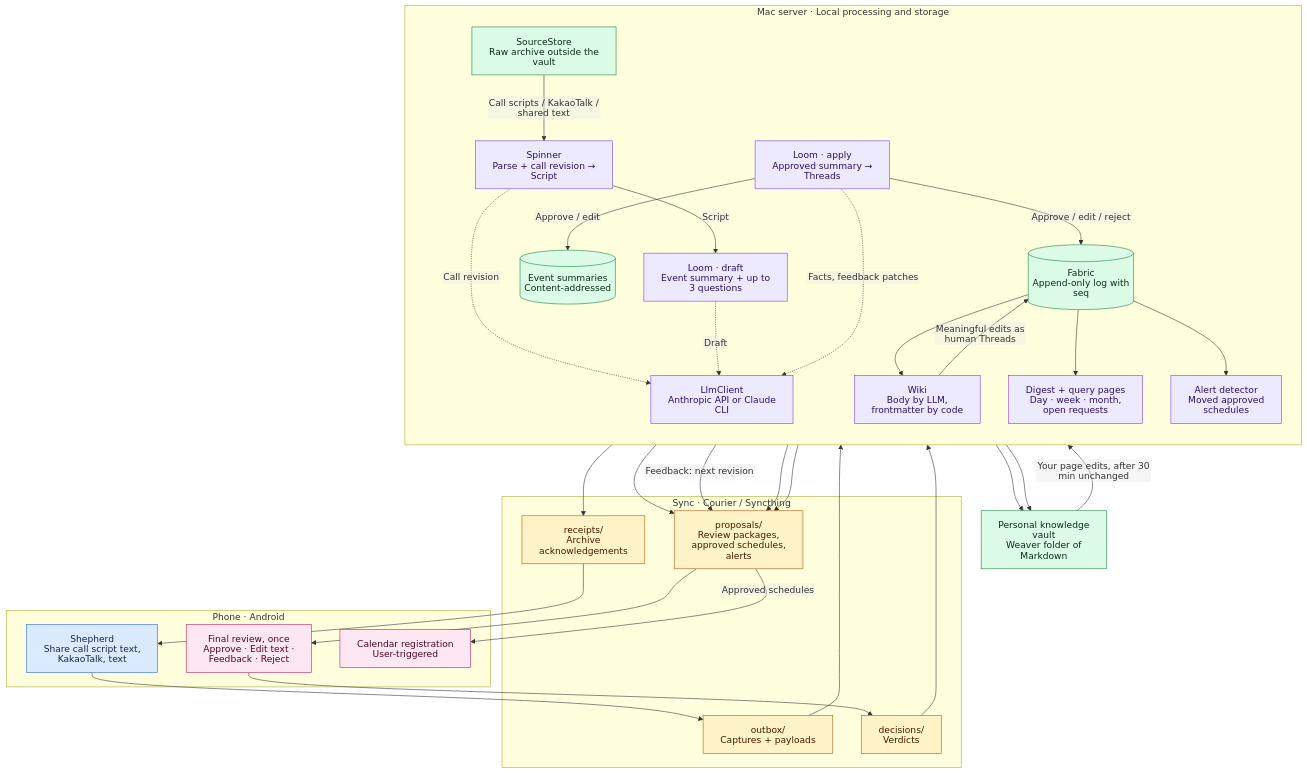
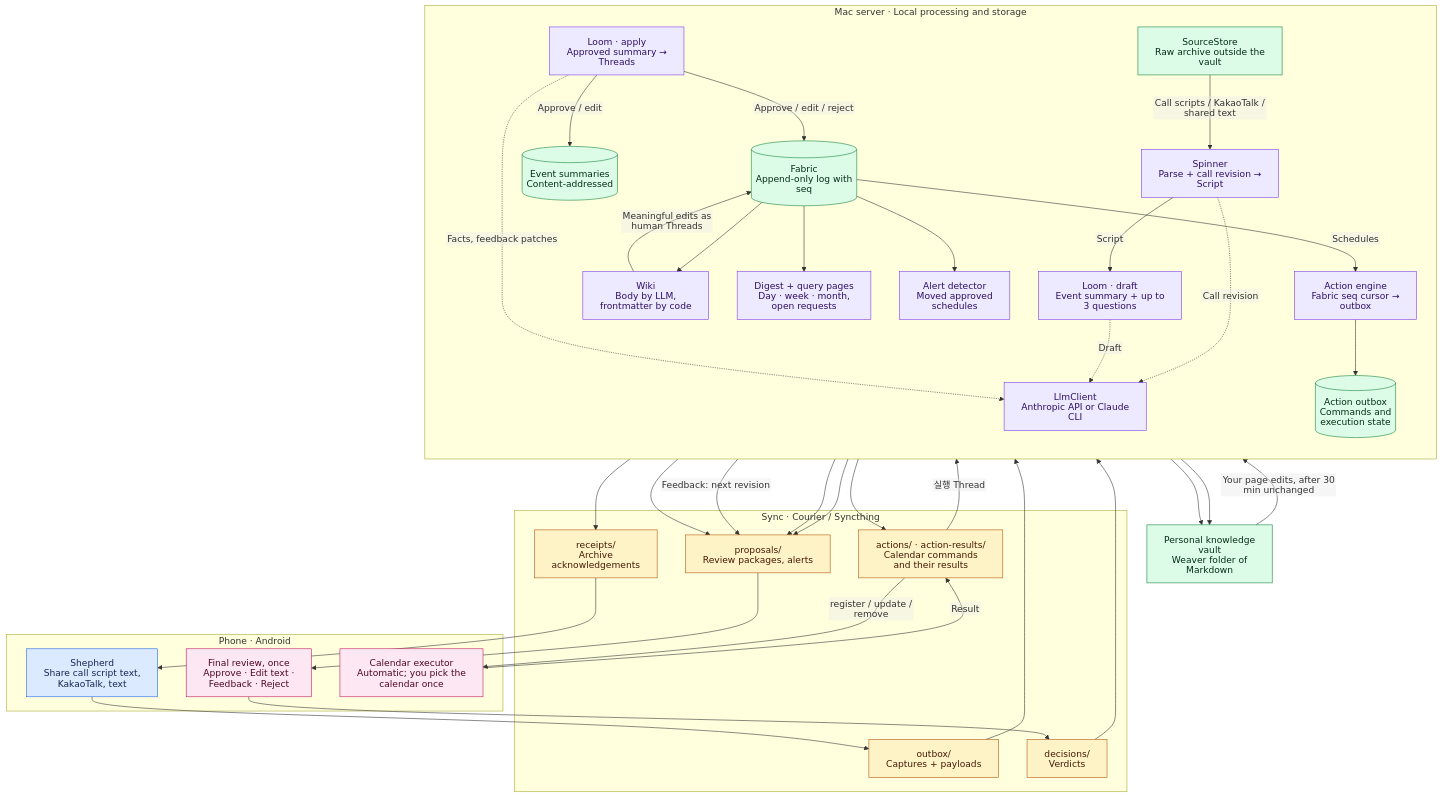
Before and after one commit to JunHCha/weaver: the diagram in README.md, drawn with Mermaid. The commit also changed other lines of this file and 83 other files, not shown here.

````diff
--- a/README.md
+++ b/README.md
@@ -26,63 +26,69 @@
 ```mermaid
 %%{init: {"htmlLabels": false}}%%
 flowchart TB
   subgraph phone["Phone · Android"]
     shepherd["Shepherd<br/>Share call script text, KakaoTalk, text"]
     review["Final review, once<br/>Approve · Edit text · Feedback · Reject"]
-    calendar["Calendar registration<br/>User-triggered"]
+    calendar["Calendar executor<br/>Automatic; you pick the calendar once"]
   end
 
   subgraph sync["Sync · Courier / Syncthing"]
     outbox["outbox/<br/>Captures + payloads"]
     receipts["receipts/<br/>Archive acknowledgements"]
-    proposals["proposals/<br/>Review packages, approved schedules, alerts"]
+    proposals["proposals/<br/>Review packages, alerts"]
     decisions["decisions/<br/>Verdicts"]
+    actions["actions/ · action-results/<br/>Calendar commands and their results"]
   end
 
   subgraph mac["Mac server · Local processing and storage"]
     direction TB
     archive["SourceStore<br/>Raw archive outside the vault"]
     spinner["Spinner<br/>Parse + call revision → Script"]
     draft["Loom · draft<br/>Event summary + up to 3 questions"]
     apply["Loom · apply<br/>Approved summary → Threads"]
     summaries[("Event summaries<br/>Content-addressed")]
     llm["LlmClient<br/>Anthropic API or Claude CLI"]
     fabric[("Fabric<br/>Append-only log with seq")]
     alerts["Alert detector<br/>Moved approved schedules"]
+    engine["Action engine<br/>Fabric seq cursor → outbox"]
+    actionbox[("Action outbox<br/>Commands and execution state")]
     wiki["Wiki<br/>Body by LLM, frontmatter by code"]
     digest["Digest + query pages<br/>Day · week · month, open requests"]
   end
 
   vault["Personal knowledge vault<br/>Weaver folder of Markdown"]
 
   shepherd --> outbox --> archive
   archive --> receipts --> shepherd
   archive -- "Call scripts / KakaoTalk / shared text" --> spinner
   spinner -- "Script" --> draft
   spinner -. "Call revision" .-> llm
   draft -. "Draft" .-> llm
   apply -. "Facts, feedback patches" .-> llm
   draft --> proposals --> review
   review --> decisions --> apply
   apply -- "Feedback: next revision" --> proposals
   apply -- "Approve / edit" --> summaries
   apply -- "Approve / edit / reject" --> fabric
   fabric --> wiki --> vault
   fabric --> digest --> vault
   vault -- "Your page edits, after 30 min unchanged" --> wiki
   wiki -- "Meaningful edits as human Threads" --> fabric
   fabric --> proposals
   fabric --> alerts --> proposals
-  proposals -- "Approved schedules" --> calendar
+  fabric -- "Schedules" --> engine --> actionbox --> actions
+  actions -- "register / update / remove" --> calendar
+  calendar -- "Result" --> actions
+  actions -- "실행 Thread" --> fabric
 
   classDef capture fill:#dbeafe,stroke:#2563eb,color:#172554
   classDef transport fill:#fef3c7,stroke:#b45309,color:#451a03
   classDef process fill:#ede9fe,stroke:#7c3aed,color:#2e1065
   classDef human fill:#fce7f3,stroke:#be185d,color:#500724
   classDef stored fill:#dcfce7,stroke:#15803d,color:#052e16
   class shepherd capture
-  class outbox,receipts,proposals,decisions transport
-  class spinner,draft,apply,llm,alerts,wiki,digest process
+  class outbox,receipts,proposals,decisions,actions transport
+  class spinner,draft,apply,llm,alerts,engine,wiki,digest process
   class review,calendar human
-  class archive,summaries,fabric,vault stored
+  class archive,summaries,fabric,actionbox,vault stored
 ```
````
